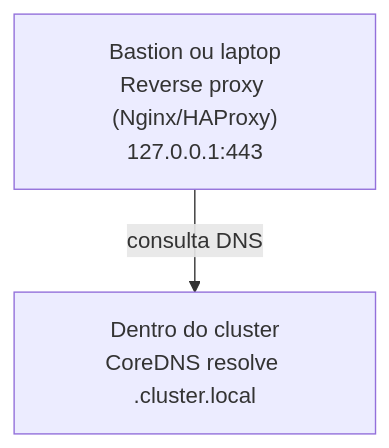
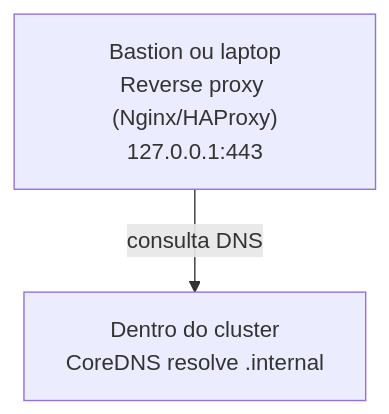
One commit to guesant/cluster-management-notes changed the third of 3 diagrams in src/content/docs/guides/blueprints/dns-and-reverse-proxy/index.mdx. Above: the diagram before and after it, drawn with Mermaid. The commit also changed other lines of this file and 8 other files, not shown here.

````diff
--- a/src/content/docs/guides/blueprints/dns-and-reverse-proxy/index.mdx
+++ b/src/content/docs/guides/blueprints/dns-and-reverse-proxy/index.mdx
@@ -114,7 +114,7 @@
 ```mermaid
 graph TB
-    Cluster["Dentro do cluster<br/>CoreDNS resolve .cluster.local"]
+    Cluster["Dentro do cluster<br/>CoreDNS resolve .internal"]
     Bastion["Bastion ou laptop<br/>Reverse proxy (Nginx/HAProxy)<br/>127.0.0.1:443"]
 
     Bastion -->|"consulta DNS"| Cluster
 ```
````
